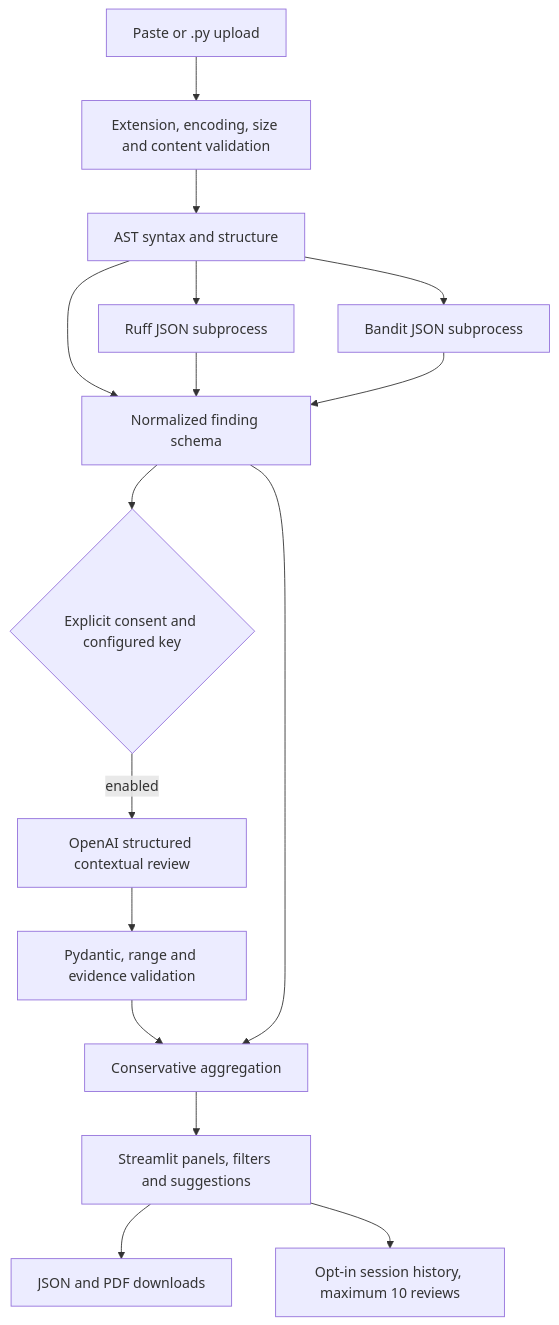
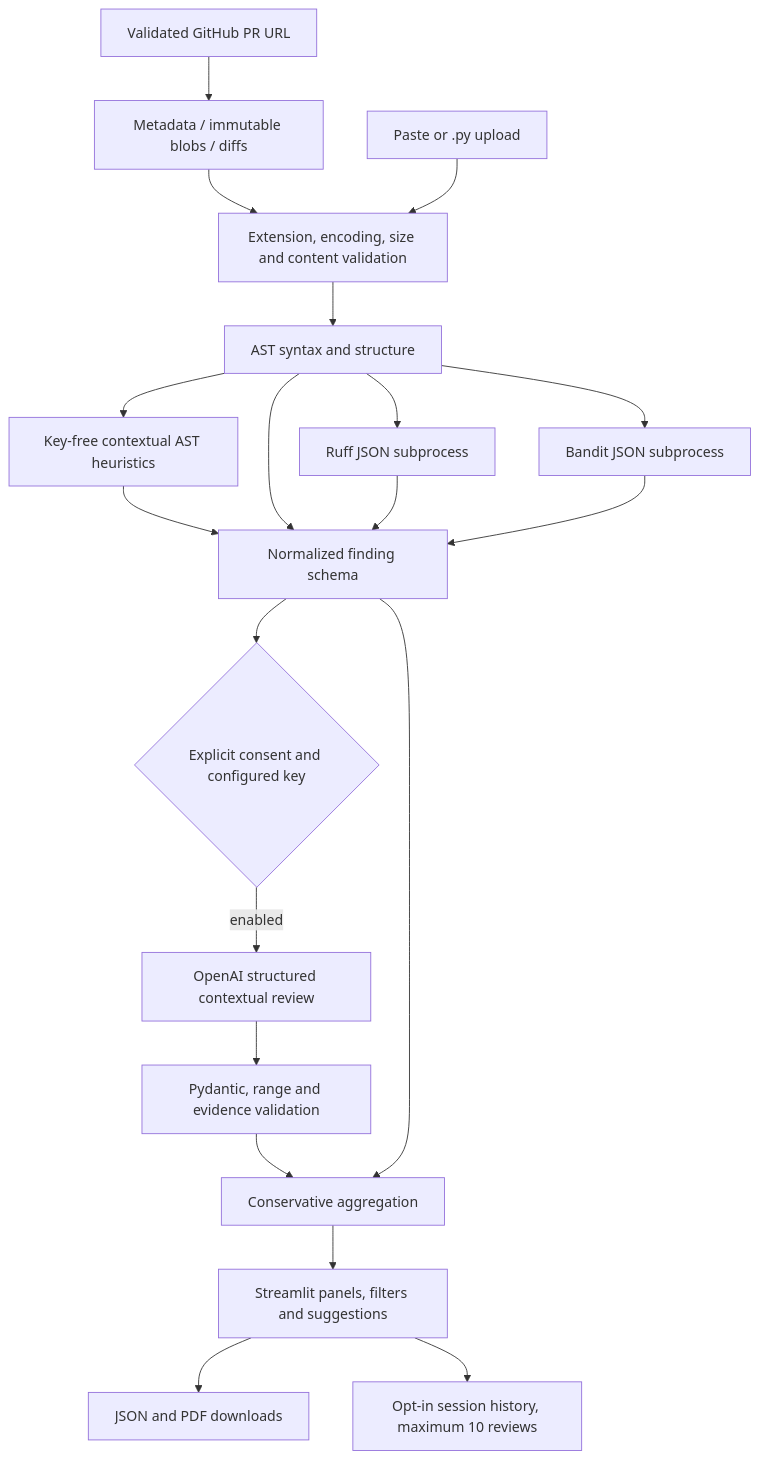
The diagram in docs/Technical_Approach_Report.md (Mahendra-Palsaniya/cynbit-ai-pr-review-copilot), drawn with Mermaid before and after one commit. The commit also changed other lines of this file and 14 other files, not shown here.

````diff
--- a/docs/Technical_Approach_Report.md
+++ b/docs/Technical_Approach_Report.md
@@ -30,18 +30,22 @@
 ```mermaid
 flowchart TD
-    U[Paste or .py upload] --> V[Extension, encoding, size and content validation]
+    PR[Validated GitHub PR URL] --> API[Metadata / immutable blobs / diffs]
+    API --> V[Extension, encoding, size and content validation]
+    U[Paste or .py upload] --> V
     V --> A[AST syntax and structure]
     A --> R[Ruff JSON subprocess]
     A --> B[Bandit JSON subprocess]
-    A --> N[Normalized finding schema]
+    A --> K[Key-free contextual AST heuristics]
+    K --> N[Normalized finding schema]
+    A --> N
     R --> N
     B --> N
     N --> C{Explicit consent and configured key}
     C -->|enabled| L[OpenAI structured contextual review]
     L --> P[Pydantic, range and evidence validation]
     P --> G[Conservative aggregation]
     N --> G
     G --> UI[Streamlit panels, filters and suggestions]
     UI --> E[JSON and PDF downloads]
     UI --> H[Opt-in session history, maximum 10 reviews]
 ```
````
